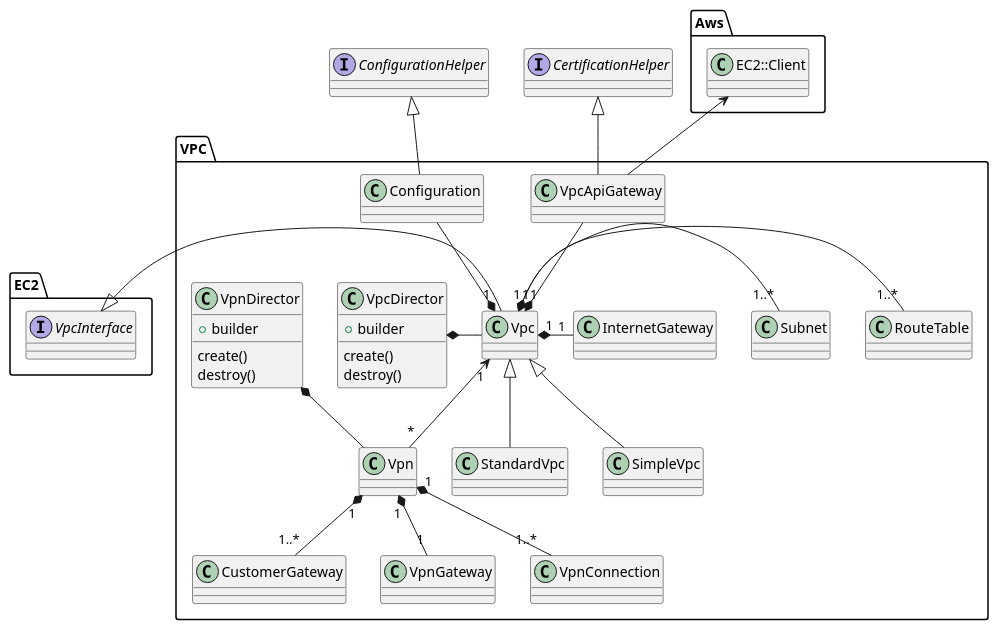
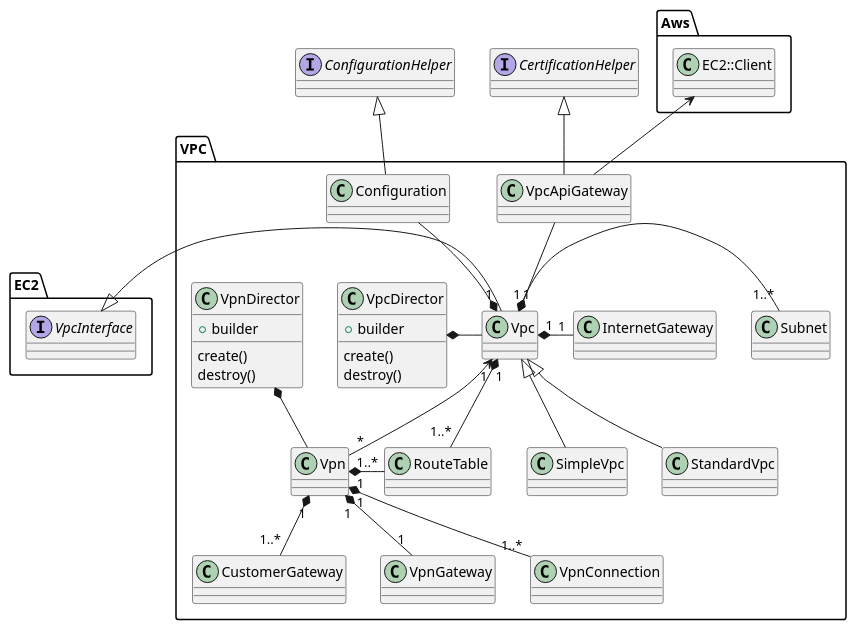
The diagram in docs/dev/vpc/core_model.puml (k2works/etude_for_aws), drawn with PlantUML before and after one commit. The commit also changed 1 other file, not shown here.

```diff
--- a/docs/dev/vpc/core_model.puml
+++ b/docs/dev/vpc/core_model.puml
@@ -1,48 +1,49 @@
 @startuml
 
 package Aws {
   class EC2::Client
 }
 
 package EC2 {
   Interface VpcInterface
 }
 
 Interface CertificationHelper
 Interface ConfigurationHelper
 
 package VPC {
   class VpcDirector {
     + builder
     create()
     destroy()
   }
   class VpnDirector {
     + builder
     create()
     destroy()
   }
 
   VpcApiGateway -u-> EC2::Client
   CertificationHelper <|-- VpcApiGateway
   ConfigurationHelper <|-- Configuration
 
   VpcInterface <|-r- Vpc
   Vpc "1" *-u- Configuration
   Vpc "1" *-u- VpcApiGateway
   Vpc "1" *-r- "1..*" Subnet
   Vpc "1" *-r- "1" InternetGateway
-  Vpc "1" *-r- "1..*" RouteTable
+  Vpc "1" *-d- "1..*" RouteTable
   Vpc <|-- SimpleVpc
   Vpc <|-- StandardVpc
   VpcDirector *-r- Vpc
   VpnDirector *-- Vpn
   Vpn "1" *-- "1..*" CustomerGateway
   Vpn "1" *-- "1" VpnGateway
   Vpn "1" *-- "1..*" VpnConnection
+  Vpn "1" *-r- "1..*" RouteTable
   Vpn "*" -u-> "1" Vpc
 
 
 }
 
 @enduml
```
